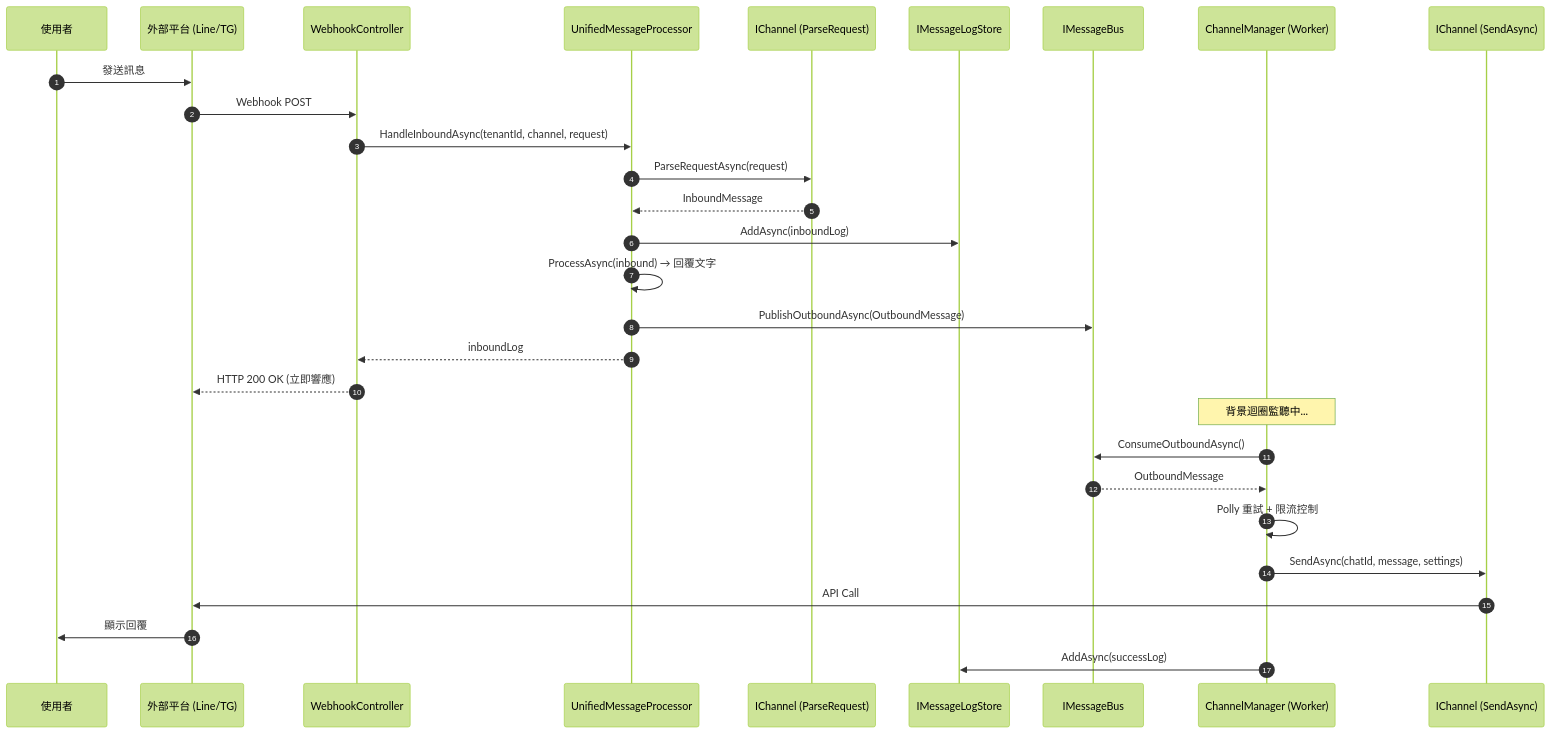
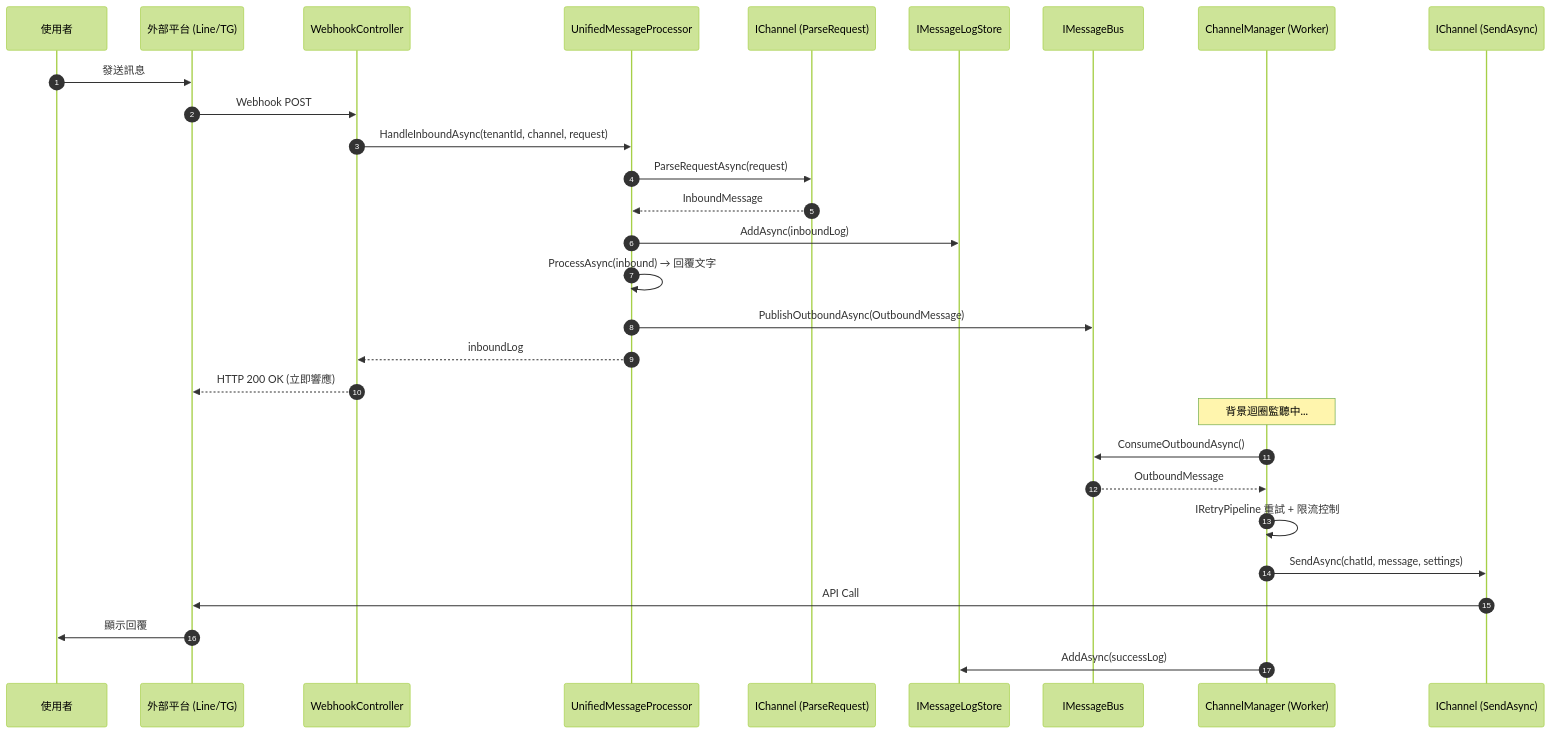
The fifth of 8 diagrams in docs/ARCHITECTURE_OVERVIEW.md (bruceagentadmin/MessageHub), drawn with Mermaid (forest theme) before and after one commit. The commit also changed other lines of this file and 15 other files, not shown here.

````diff
--- a/docs/ARCHITECTURE_OVERVIEW.md
+++ b/docs/ARCHITECTURE_OVERVIEW.md
@@ -245,33 +262,33 @@
 ```mermaid
 sequenceDiagram
     autonumber
     participant User as 使用者
     participant Platform as 外部平台 (Line/TG)
     participant WC as WebhookController
     participant UMP as UnifiedMessageProcessor
     participant CH as IChannel (ParseRequest)
     participant Store as IMessageLogStore
     participant Bus as IMessageBus
     participant CM as ChannelManager (Worker)
     participant Send as IChannel (SendAsync)
 
     User->>Platform: 發送訊息
     Platform->>WC: Webhook POST
     WC->>UMP: HandleInboundAsync(tenantId, channel, request)
     UMP->>CH: ParseRequestAsync(request)
     CH-->>UMP: InboundMessage
     UMP->>Store: AddAsync(inboundLog)
     UMP->>UMP: ProcessAsync(inbound) → 回覆文字
     UMP->>Bus: PublishOutboundAsync(OutboundMessage)
     UMP-->>WC: inboundLog
     WC-->>Platform: HTTP 200 OK (立即響應)
 
     Note over CM: 背景迴圈監聽中...
     CM->>Bus: ConsumeOutboundAsync()
     Bus-->>CM: OutboundMessage
-    CM->>CM: Polly 重試 + 限流控制
+    CM->>CM: IRetryPipeline 重試 + 限流控制
     CM->>Send: SendAsync(chatId, message, settings)
     Send->>Platform: API Call
     Platform->>User: 顯示回覆
     CM->>Store: AddAsync(successLog)
 ```
````
